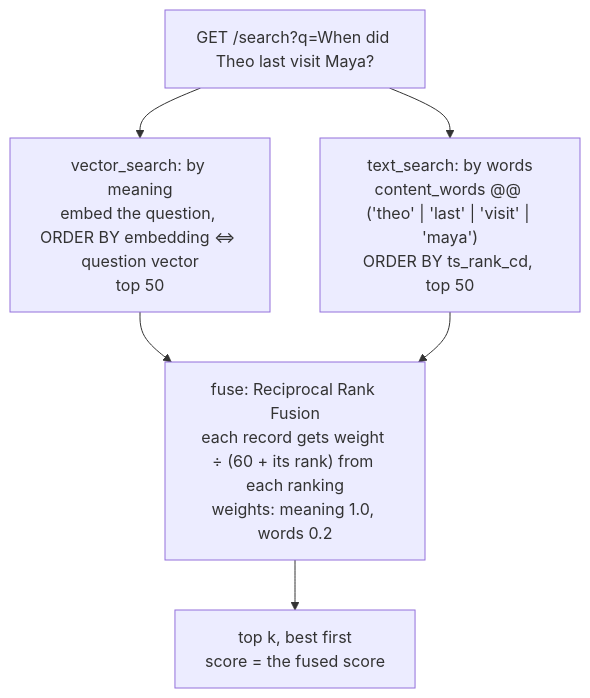
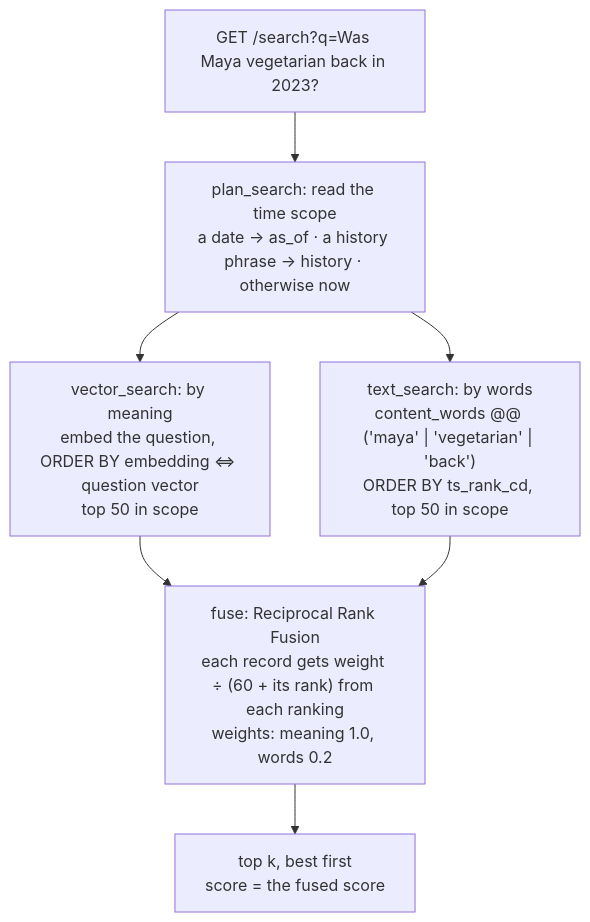
Before and after one commit to ZiadHendawy/mutable: diagram 17 of 24 in docs/design.md, drawn with Mermaid. The commit also changed other lines of this file and 7 other files, not shown here.

First line of the commit message:
M4 step 6: read the time scope from the question

````diff
--- a/docs/design.md
+++ b/docs/design.md
@@ -933,8 +945,9 @@
 ```mermaid
 flowchart TD
-    q["GET /search?q=When did Theo last visit Maya?"] --> v["vector_search: by meaning<br/>embed the question, ORDER BY embedding <=> question vector<br/>top 50"]
-    q --> t["text_search: by words<br/>content_words @@ ('theo' | 'last' | 'visit' | 'maya')<br/>ORDER BY ts_rank_cd, top 50"]
+    q["GET /search?q=Was Maya vegetarian back in 2023?"] --> p["plan_search: read the time scope<br/>a date → as_of · a history phrase → history · otherwise now"]
+    p --> v["vector_search: by meaning<br/>embed the question, ORDER BY embedding <=> question vector<br/>top 50 in scope"]
+    p --> t["text_search: by words<br/>content_words @@ ('maya' | 'vegetarian' | 'back')<br/>ORDER BY ts_rank_cd, top 50 in scope"]
     v --> f["fuse: Reciprocal Rank Fusion<br/>each record gets weight ÷ (60 + its rank) from each ranking<br/>weights: meaning 1.0, words 0.2"]
     t --> f
     f --> out["top k, best first<br/>score = the fused score"]
 ```
````
